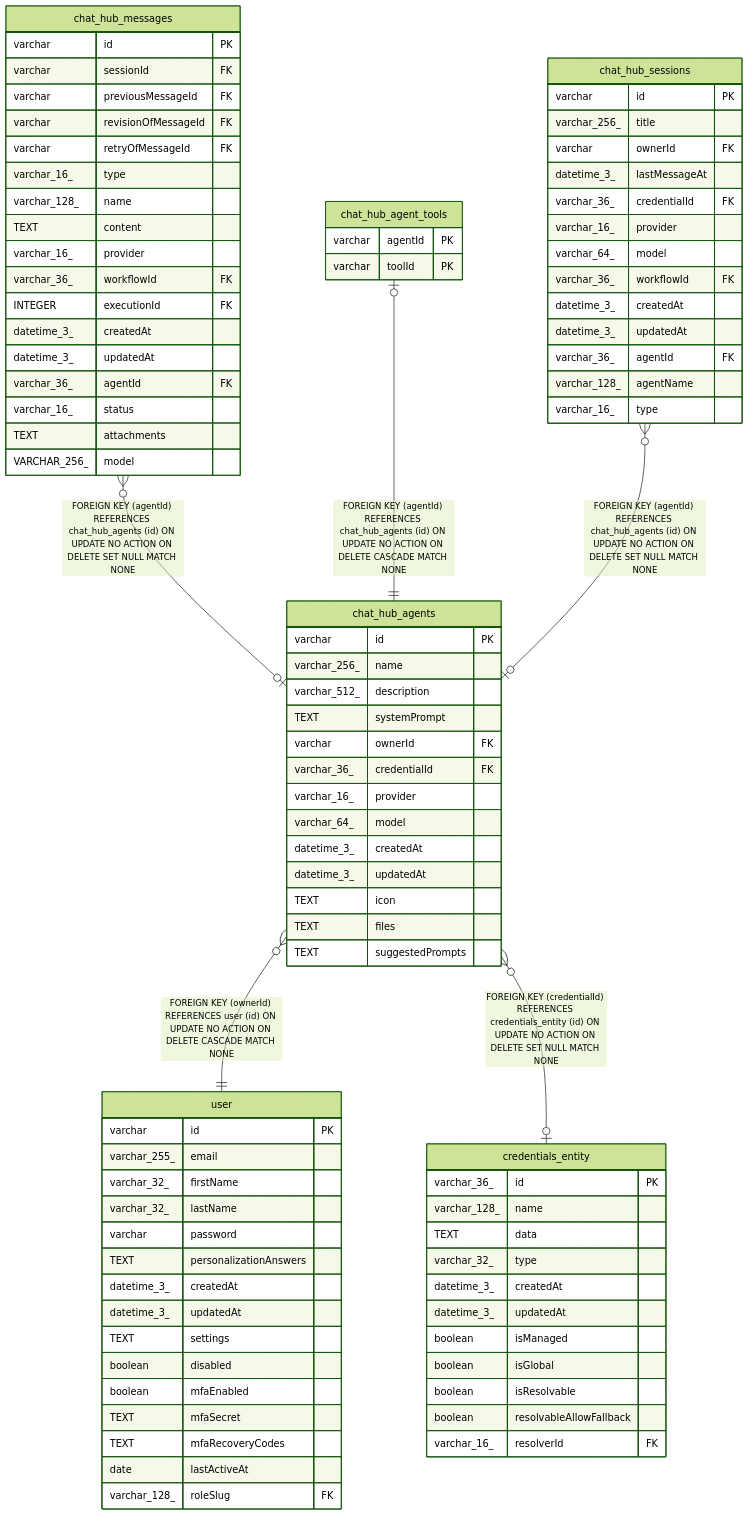
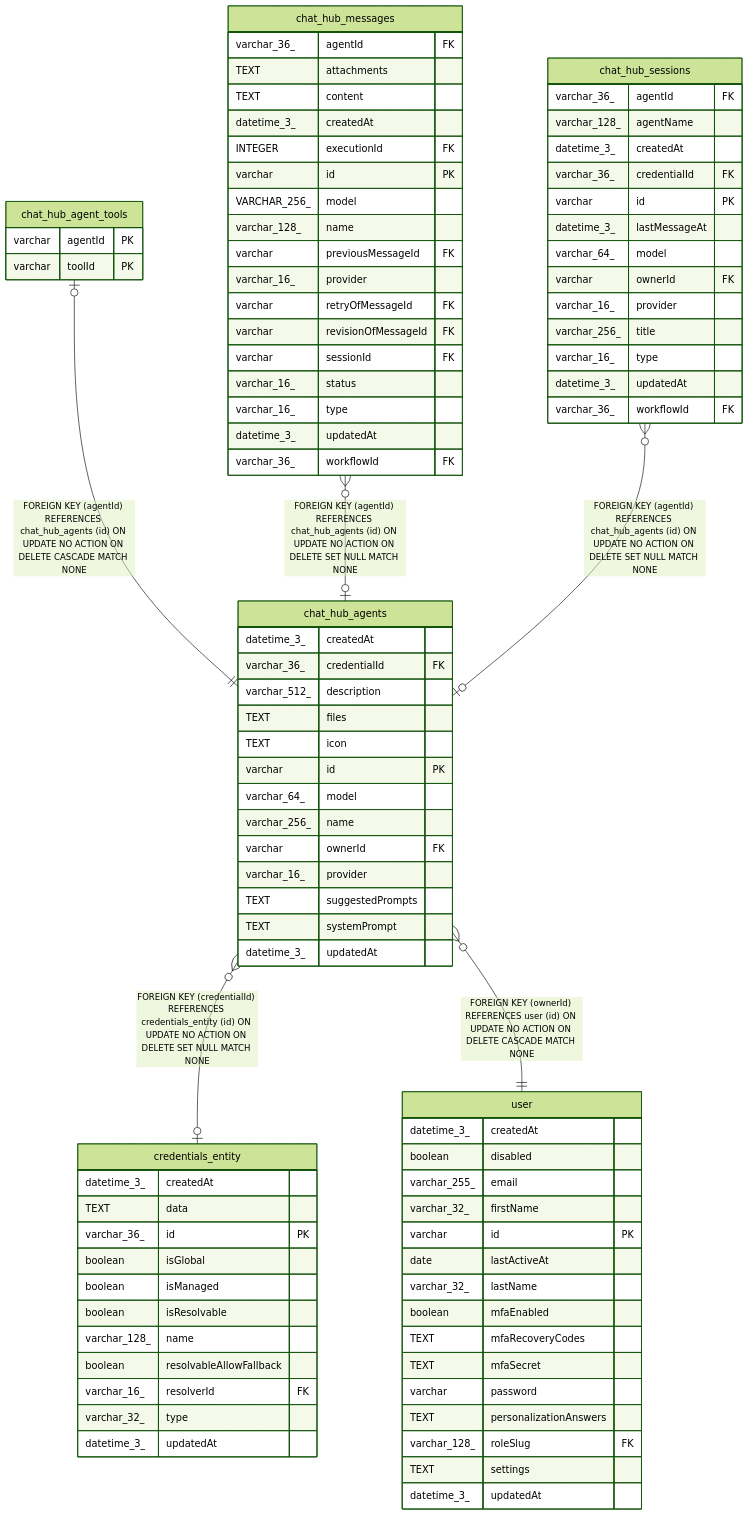
One commit to mayankjain1815-commits/n8n changed the diagram in docs/generated/sqlite-schema/chat_hub_agents.md. Above: the diagram before and after it, drawn with Mermaid (forest theme). The commit also changed other lines of this file and 221 other files, not shown here.

Commit message:
chore(core): Make DB schema docs generation deterministic (#32373)

````diff
--- a/docs/generated/sqlite-schema/chat_hub_agents.md
+++ b/docs/generated/sqlite-schema/chat_hub_agents.md
@@ -49,93 +49,93 @@
 ```mermaid
 erDiagram
 
+"chat_hub_agents" }o--o| "credentials_entity" : "FOREIGN KEY (credentialId) REFERENCES credentials_entity (id) ON UPDATE NO ACTION ON DELETE SET NULL MATCH NONE"
+"chat_hub_agent_tools" |o--|| "chat_hub_agents" : "FOREIGN KEY (agentId) REFERENCES chat_hub_agents (id) ON UPDATE NO ACTION ON DELETE CASCADE MATCH NONE"
 "chat_hub_messages" }o--o| "chat_hub_agents" : "FOREIGN KEY (agentId) REFERENCES chat_hub_agents (id) ON UPDATE NO ACTION ON DELETE SET NULL MATCH NONE"
-"chat_hub_agent_tools" |o--|| "chat_hub_agents" : "FOREIGN KEY (agentId) REFERENCES chat_hub_agents (id) ON UPDATE NO ACTION ON DELETE CASCADE MATCH NONE"
 "chat_hub_sessions" }o--o| "chat_hub_agents" : "FOREIGN KEY (agentId) REFERENCES chat_hub_agents (id) ON UPDATE NO ACTION ON DELETE SET NULL MATCH NONE"
 "chat_hub_agents" }o--|| "user" : "FOREIGN KEY (ownerId) REFERENCES user (id) ON UPDATE NO ACTION ON DELETE CASCADE MATCH NONE"
-"chat_hub_agents" }o--o| "credentials_entity" : "FOREIGN KEY (credentialId) REFERENCES credentials_entity (id) ON UPDATE NO ACTION ON DELETE SET NULL MATCH NONE"
 
 "chat_hub_agents" {
+  datetime_3_ createdAt
+  varchar_36_ credentialId FK
+  varchar_512_ description
+  TEXT files
+  TEXT icon
   varchar id PK
+  varchar_64_ model
   varchar_256_ name
-  varchar_512_ description
+  varchar ownerId FK
+  varchar_16_ provider
+  TEXT suggestedPrompts
   TEXT systemPrompt
-  varchar ownerId FK
-  varchar_36_ credentialId FK
-  varchar_16_ provider
-  varchar_64_ model
+  datetime_3_ updatedAt
+}
+"credentials_entity" {
   datetime_3_ createdAt
+  TEXT data
+  varchar_36_ id PK
+  boolean isGlobal
+  boolean isManaged
+  boolean isResolvable
+  varchar_128_ name
+  boolean resolvableAllowFallback
+  varchar_16_ resolverId FK
+  varchar_32_ type
   datetime_3_ updatedAt
-  TEXT icon
-  TEXT files
-  TEXT suggestedPrompts
-}
-"chat_hub_messages" {
-  varchar id PK
-  varchar sessionId FK
-  varchar previousMessageId FK
-  varchar revisionOfMessageId FK
-  varchar retryOfMessageId FK
-  varchar_16_ type
-  varchar_128_ name
-  TEXT content
-  varchar_16_ provider
-  varchar_36_ workflowId FK
-  INTEGER executionId FK
-  datetime_3_ createdAt
-  datetime_3_ updatedAt
-  varchar_36_ agentId FK
-  varchar_16_ status
-  TEXT attachments
-  VARCHAR_256_ model
 }
 "chat_hub_agent_tools" {
   varchar agentId PK
   varchar toolId PK
 }
+"chat_hub_messages" {
+  varchar_36_ agentId FK
+  TEXT attachments
+  TEXT content
+  datetime_3_ createdAt
+  INTEGER executionId FK
+  varchar id PK
+  VARCHAR_256_ model
+  varchar_128_ name
+  varchar previousMessageId FK
+  varchar_16_ provider
+  varchar retryOfMessageId FK
+  varchar revisionOfMessageId FK
+  varchar sessionId FK
+  varchar_16_ status
+  varchar_16_ type
+  datetime_3_ updatedAt
+  varchar_36_ workflowId FK
+}
 "chat_hub_sessions" {
-  varchar id PK
-  varchar_256_ title
-  varchar ownerId FK
-  datetime_3_ lastMessageAt
-  varchar_36_ credentialId FK
-  varchar_16_ provider
-  varchar_64_ model
-  varchar_36_ workflowId FK
-  datetime_3_ createdAt
-  datetime_3_ updatedAt
   varchar_36_ agentId FK
   varchar_128_ agentName
+  datetime_3_ createdAt
+  varchar_36_ credentialId FK
+  varchar id PK
+  datetime_3_ lastMessageAt
+  varchar_64_ model
+  varchar ownerId FK
+  varchar_16_ provider
+  varchar_256_ title
   varchar_16_ type
+  datetime_3_ updatedAt
+  varchar_36_ workflowId FK
 }
 "user" {
-  varchar id PK
+  datetime_3_ createdAt
+  boolean disabled
   varchar_255_ email
   varchar_32_ firstName
+  varchar id PK
+  date lastActiveAt
   varchar_32_ lastName
+  boolean mfaEnabled
+  TEXT mfaRecoveryCodes
+  TEXT mfaSecret
   varchar password
   TEXT personalizationAnswers
-  datetime_3_ createdAt
+  varchar_128_ roleSlug FK
+  TEXT settings
   datetime_3_ updatedAt
-  TEXT settings
-  boolean disabled
-  boolean mfaEnabled
-  TEXT mfaSecret
-  TEXT mfaRecoveryCodes
-  date lastActiveAt
-  varchar_128_ roleSlug FK
-}
-"credentials_entity" {
-  varchar_36_ id PK
-  varchar_128_ name
-  TEXT data
-  varchar_32_ type
-  datetime_3_ createdAt
-  datetime_3_ updatedAt
-  boolean isManaged
-  boolean isGlobal
-  boolean isResolvable
-  boolean resolvableAllowFallback
-  varchar_16_ resolverId FK
 }
 ```
````
